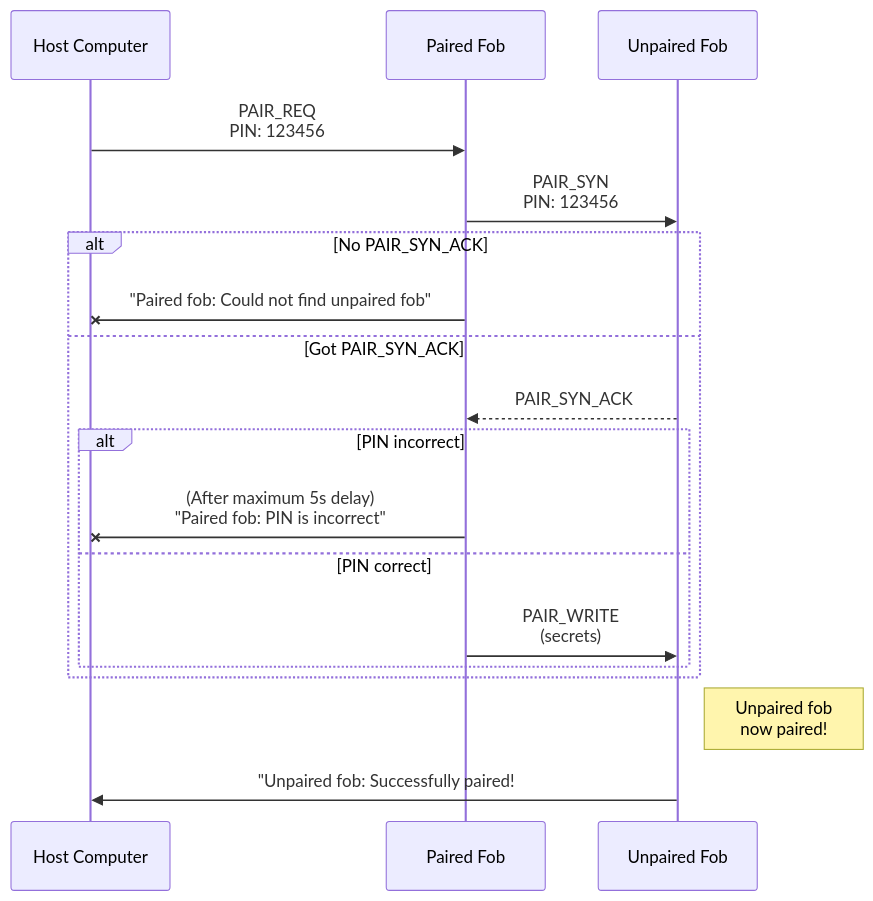
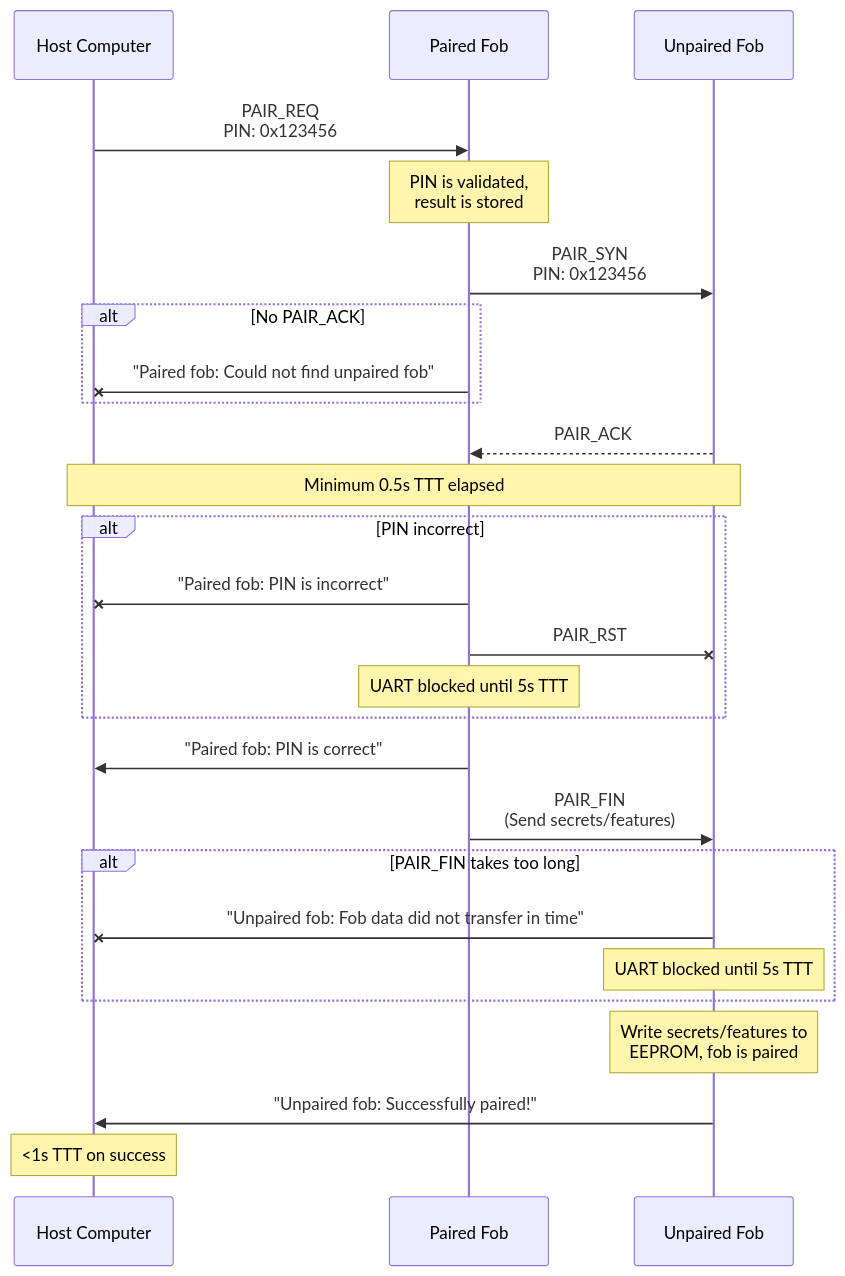
One commit to sigpwny/2023-ectf-uiuc changed the first of 2 diagrams in docs/protocol.md. Above: the diagram before and after it, drawn with Mermaid. The commit also changed other lines of this file, not shown here.

````diff
--- a/docs/protocol.md
+++ b/docs/protocol.md
@@ -20,20 +19,28 @@
 ```mermaid
 sequenceDiagram
   participant Host Computer
   participant Paired Fob
   participant Unpaired Fob
-  Host Computer->>Paired Fob: PAIR_REQ <br/>PIN: 123456
-  Paired Fob->>Unpaired Fob: PAIR_SYN <br/>PIN: 123456
-  alt No PAIR_SYN_ACK
-    Paired Fob-xHost Computer: "Paired fob: Could not find unpaired fob"
-  else Got PAIR_SYN_ACK
-    Unpaired Fob-->>Paired Fob: PAIR_SYN_ACK
-    alt PIN incorrect
-      Paired Fob-xHost Computer: (After maximum 5s delay) <br/>"Paired fob: PIN is incorrect"
-    else PIN correct
-      Paired Fob->>Unpaired Fob: PAIR_WRITE <br/>(secrets)
-    end
+  Host Computer ->> Paired Fob: PAIR_REQ <br/>PIN: 0x123456
+  Note over Paired Fob: PIN is validated, <br/>result is stored
+  Paired Fob ->> Unpaired Fob: PAIR_SYN <br/>PIN: 0x123456
+  alt No PAIR_ACK
+    Paired Fob -x Host Computer: "Paired fob: Could not find unpaired fob"
   end
-  Note right of Unpaired Fob: Unpaired fob <br/>now paired!
-  Unpaired Fob->>Host Computer: "Unpaired fob: Successfully paired!
+  Unpaired Fob -->> Paired Fob: PAIR_ACK
+  Note over Host Computer, Unpaired Fob: Minimum 0.5s TTT elapsed
+  alt PIN incorrect
+    Paired Fob -x Host Computer: "Paired fob: PIN is incorrect"
+    Paired Fob -x Unpaired Fob: PAIR_RST
+    Note over Paired Fob: UART blocked until 5s TTT
+  end
+  Paired Fob ->> Host Computer: "Paired fob: PIN is correct"
+  Paired Fob ->> Unpaired Fob: PAIR_FIN <br/>(Send secrets/features)
+  alt PAIR_FIN takes too long
+    Unpaired Fob -x Host Computer: "Unpaired fob: Fob data did not transfer in time"
+    Note over Unpaired Fob: UART blocked until 5s TTT
+  end
+  Note over Unpaired Fob: Write secrets/features to <br/>EEPROM, fob is paired
+  Unpaired Fob ->> Host Computer: "Unpaired fob: Successfully paired!"
+  Note over Host Computer: <1s TTT on success
 ```
````
